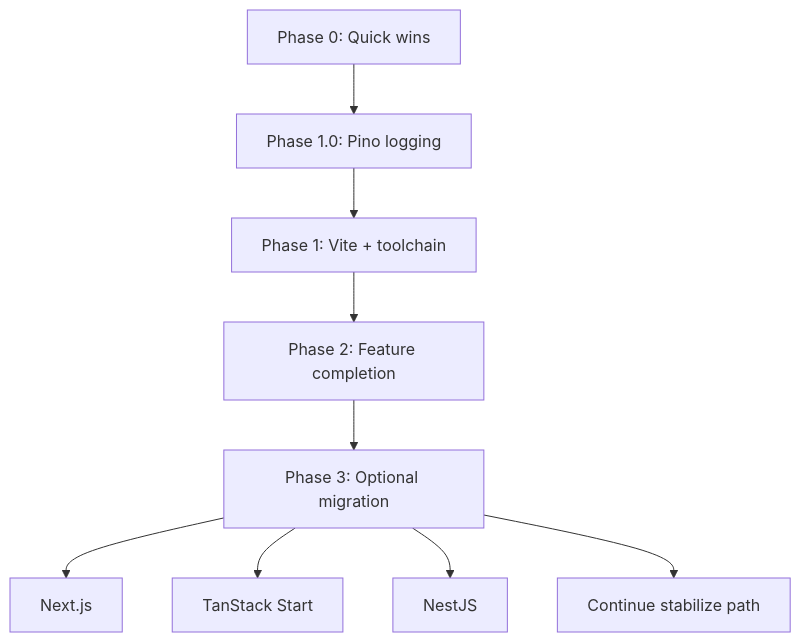
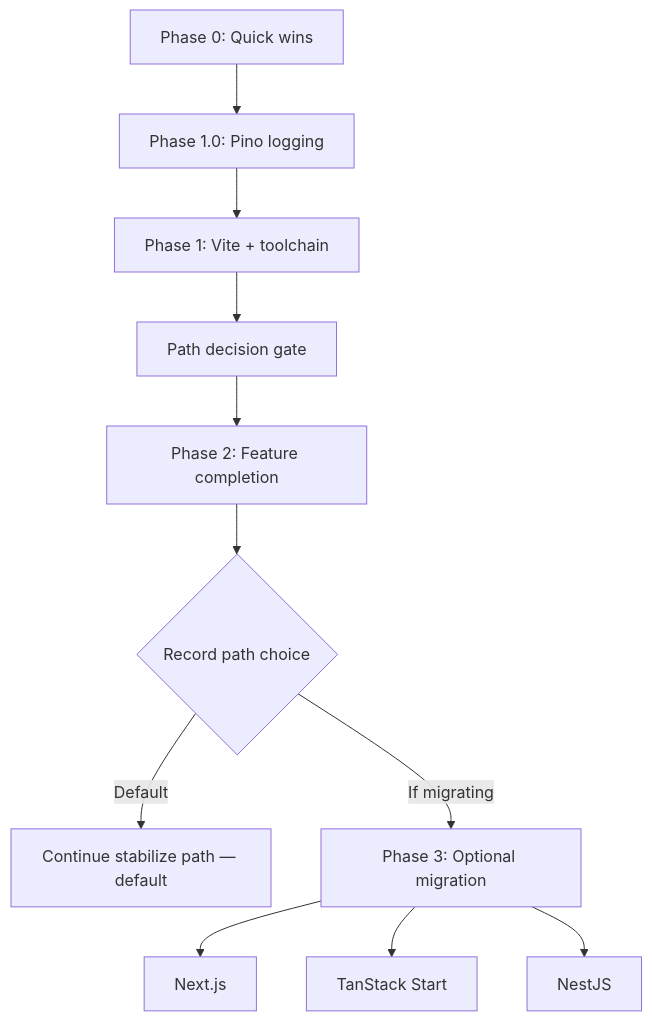
The diagram in docs/REVIVAL-PLAN.md (GuRuGuMaWaRu/Freelancer-v2), drawn with Mermaid before and after one commit. The commit also changed other lines of this file, not shown here.

Commit message:
docs(REVIVAL-PLAN): update Phase 3 structure and clarify migration paths
- Introduced a decision gate for Phase 3, specifying that choices should be recorded after Phase 2, with a default path to stay on stabilize.
- Enhanced descriptions for optional migration paths (Next.js, TanStack Start, NestJS) and clarified prerequisites for making a decision.
- Updated the status and goals for Phase 3 to reflect the new structure and decision-making process.

````diff
--- a/docs/REVIVAL-PLAN.md
+++ b/docs/REVIVAL-PLAN.md
@@ -126,15 +126,21 @@
 ```mermaid
 flowchart TD
     P0["Phase 0: Quick wins"]
     P1L["Phase 1.0: Pino logging"]
     P1["Phase 1: Vite + toolchain"]
+    Gate["Path decision gate"]
     P2["Phase 2: Feature completion"]
+    Decide{"Record path choice"}
+    A2["Continue stabilize path — default"]
     P3["Phase 3: Optional migration"]
+    B[Next.js]
+    C[TanStack Start]
+    D[NestJS]
 
-    P0 --> P1L --> P1 --> P2 --> P3
-
-    P3 --> B[Next.js]
-    P3 --> C[TanStack Start]
-    P3 --> D[NestJS]
-    P3 --> A2[Continue stabilize path]
+    P0 --> P1L --> P1 --> Gate --> P2 --> Decide
+    Decide -->|Default| A2
+    Decide -->|If migrating| P3
+    P3 --> B
+    P3 --> C
+    P3 --> D
 ```
````
